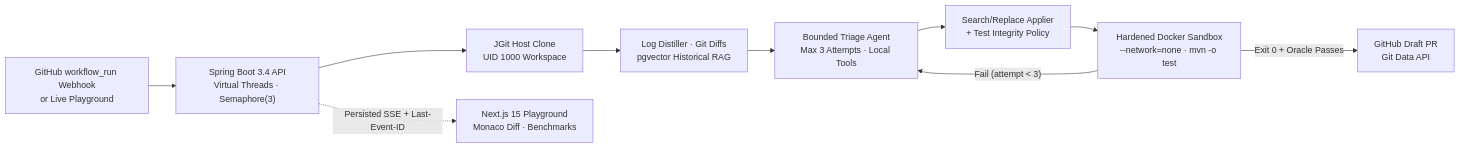
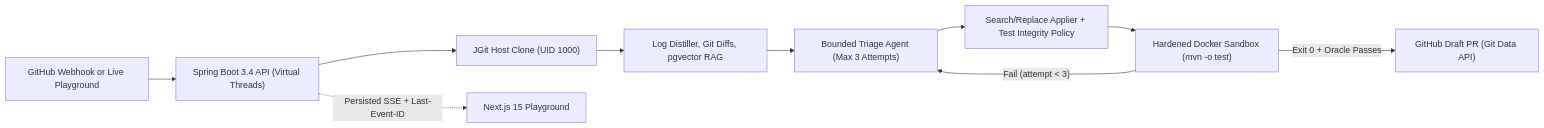
Before and after one commit to Bramhaaa/AutoHeal: the diagram in README.md, drawn with Mermaid.

Commit message:
docs(readme): remove HTML br tags from Mermaid architecture diagram for clean rendering

````diff
--- a/README.md
+++ b/README.md
@@ -40,12 +40,12 @@
 ```mermaid
 flowchart LR
-    Trigger["GitHub workflow_run Webhook<br/>or Live Playground"] --> API["Spring Boot 3.4 API<br/>Virtual Threads · Semaphore(3)"]
-    API --> Clone["JGit Host Clone<br/>UID 1000 Workspace"]
-    Clone --> Context["Log Distiller · Git Diffs<br/>pgvector Historical RAG"]
-    Context --> Agent["Bounded Triage Agent<br/>Max 3 Attempts · Local Tools"]
-    Agent --> Policy["Search/Replace Applier<br/>+ Test Integrity Policy"]
-    Policy --> Sandbox["Hardened Docker Sandbox<br/>--network=none · mvn -o test"]
+    Trigger["GitHub Webhook or Live Playground"] --> API["Spring Boot 3.4 API (Virtual Threads)"]
+    API --> Clone["JGit Host Clone (UID 1000)"]
+    Clone --> Context["Log Distiller, Git Diffs, pgvector RAG"]
+    Context --> Agent["Bounded Triage Agent (Max 3 Attempts)"]
+    Agent --> Policy["Search/Replace Applier + Test Integrity Policy"]
+    Policy --> Sandbox["Hardened Docker Sandbox (mvn -o test)"]
     Sandbox -- "Fail (attempt < 3)" --> Agent
-    Sandbox -- "Exit 0 + Oracle Passes" --> PR["GitHub Draft PR<br/>Git Data API"]
-    API -. "Persisted SSE + Last-Event-ID" .-> UI["Next.js 15 Playground<br/>Monaco Diff · Benchmarks"]
+    Sandbox -- "Exit 0 + Oracle Passes" --> PR["GitHub Draft PR (Git Data API)"]
+    API -. "Persisted SSE + Last-Event-ID" .-> UI["Next.js 15 Playground"]
 ```
````
